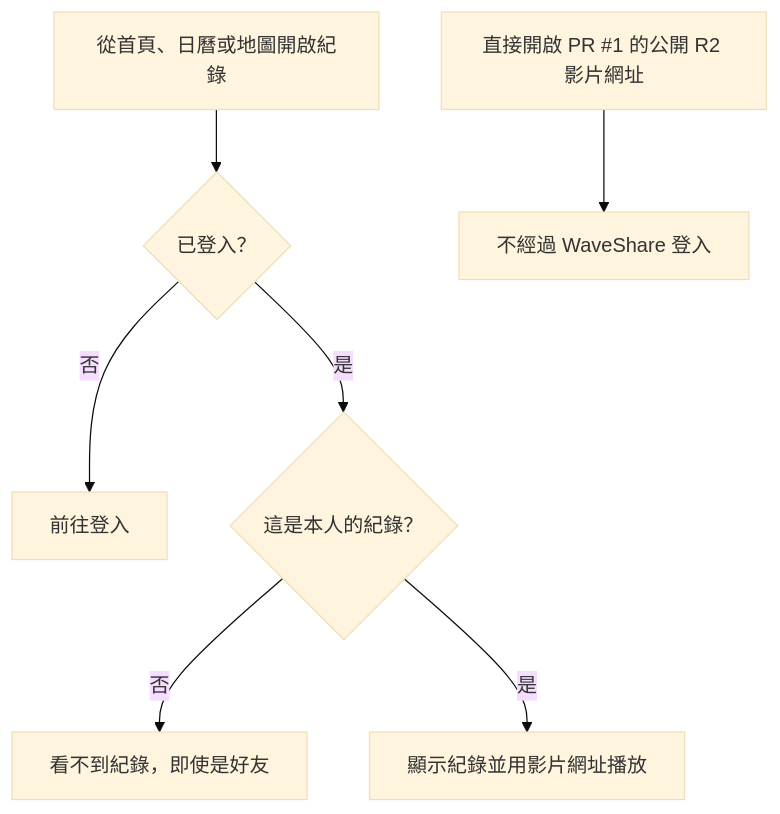
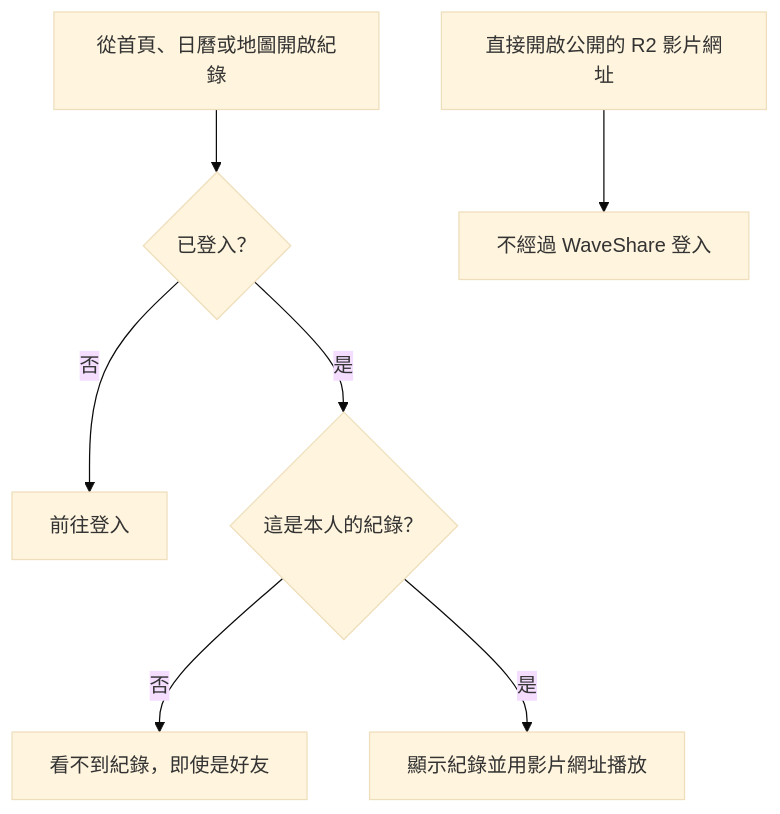
One commit to ChristingChang/waveshare changed the fourth of 6 diagrams in docs/flows.md. Above: the diagram before and after it, drawn with Mermaid (base theme). The commit also changed other lines of this file and 4 other files, not shown here.

````diff
--- a/docs/flows.md
+++ b/docs/flows.md
@@ -76,9 +58,9 @@
 ```mermaid
 flowchart TD
     A["從首頁、日曆或地圖開啟紀錄"] --> B{"已登入？"}
     B -->|否| C["前往登入"]
     B -->|是| D{"這是本人的紀錄？"}
     D -->|否| E["看不到紀錄，即使是好友"]
     D -->|是| F["顯示紀錄並用影片網址播放"]
-    G["直接開啟 PR #1 的公開 R2 影片網址"] --> H["不經過 WaveShare 登入"]
+    G["直接開啟公開的 R2 影片網址"] --> H["不經過 WaveShare 登入"]
 ```
````
